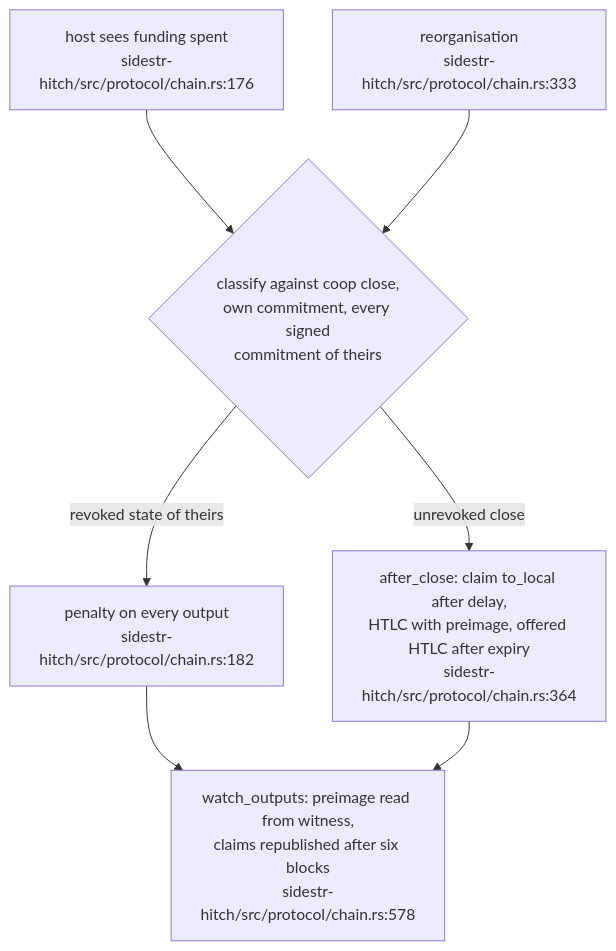
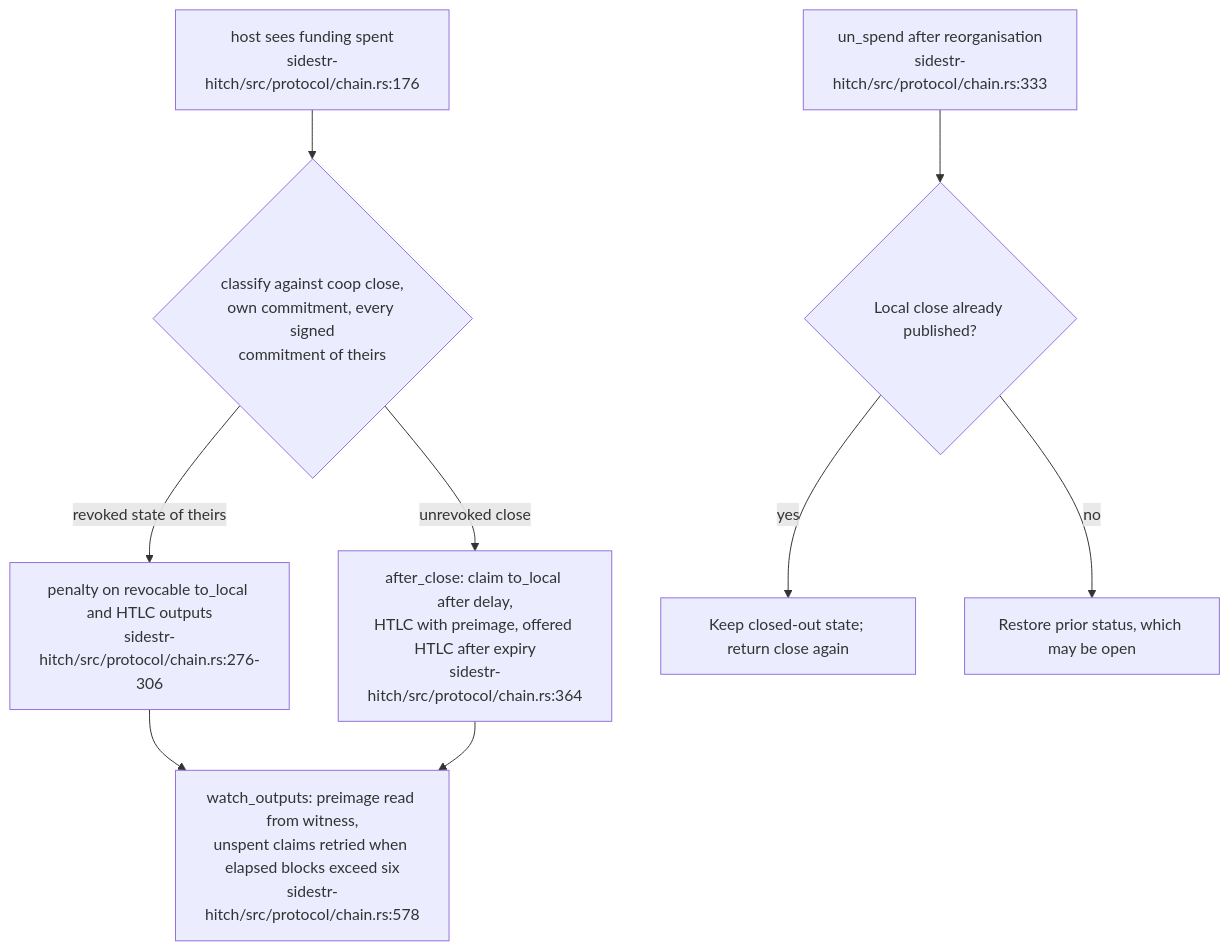
Before and after one commit to DreamLab-AI/VisionFlow: the fourth of 5 diagrams in docs/diagrams/sidestr-rs/04-hitch-channel-kernel-and-host-gap.md, drawn with Mermaid. The commit also changed other lines of this file and 25 other files, not shown here.

Commit message:
Audit Hitch finality, channel identity and chain test boundaries

````diff
--- a/docs/diagrams/sidestr-rs/04-hitch-channel-kernel-and-host-gap.md
+++ b/docs/diagrams/sidestr-rs/04-hitch-channel-kernel-and-host-gap.md
@@ -107,9 +114,11 @@
 ```mermaid
 flowchart TB
     SPEND["host sees funding spent<br/>sidestr-hitch/src/protocol/chain.rs:176"] --> CLS{"classify against coop close,<br/>own commitment, every signed<br/>commitment of theirs"}
-    CLS -->|"revoked state of theirs"| PEN["penalty on every output<br/>sidestr-hitch/src/protocol/chain.rs:182"]
+    CLS -->|"revoked state of theirs"| PEN["penalty on revocable to_local and HTLC outputs<br/>sidestr-hitch/src/protocol/chain.rs:276-306"]
     CLS -->|"unrevoked close"| AFTER["after_close: claim to_local after delay,<br/>HTLC with preimage, offered HTLC after expiry<br/>sidestr-hitch/src/protocol/chain.rs:364"]
     PEN --> WATCH
-    AFTER --> WATCH["watch_outputs: preimage read from witness,<br/>claims republished after six blocks<br/>sidestr-hitch/src/protocol/chain.rs:578"]
-    REORG["reorganisation<br/>sidestr-hitch/src/protocol/chain.rs:333"] --> CLS
+    AFTER --> WATCH["watch_outputs: preimage read from witness,<br/>unspent claims retried when elapsed blocks exceed six<br/>sidestr-hitch/src/protocol/chain.rs:578"]
+    REORG["un_spend after reorganisation<br/>sidestr-hitch/src/protocol/chain.rs:333"] --> BACK{"Local close already published?"}
+    BACK -->|yes| AGAIN["Keep closed-out state; return close again"]
+    BACK -->|no| PREV["Restore prior status, which may be open"]
 ```
````
